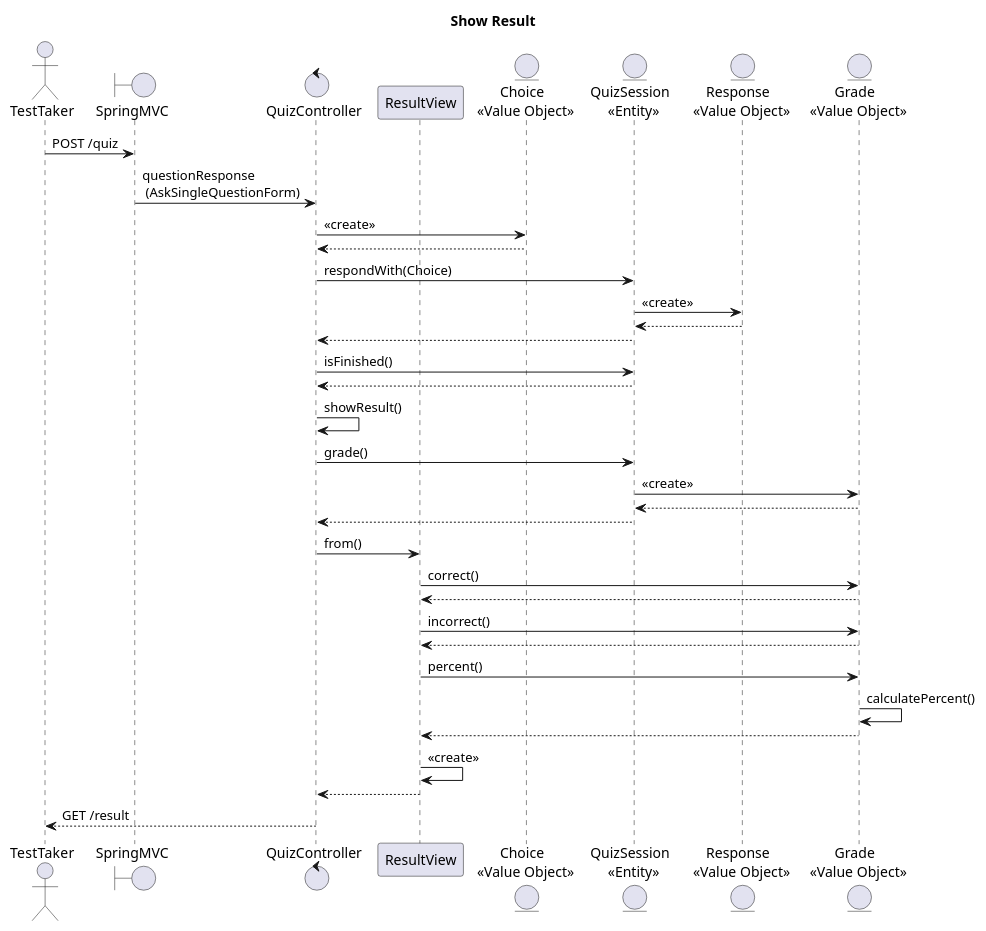
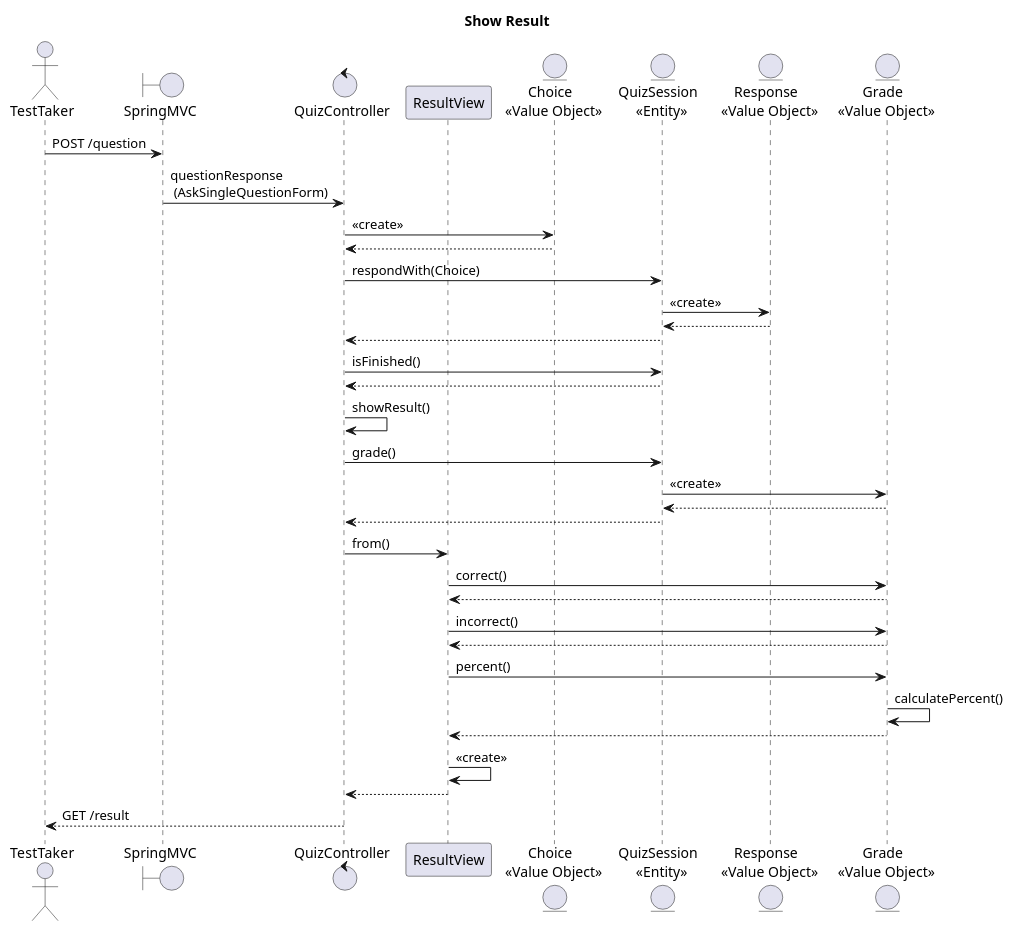
The diagram in src/main/resources/diagrams/showResult-sequenceDiagram.puml (TomSpencerLondon/Quiz), drawn with PlantUML before and after one commit. The commit also changed 19 other files, not shown here.

Commit message:
Rename /quiz to /question for submitting question

```diff
--- a/src/main/resources/diagrams/showResult-sequenceDiagram.puml
+++ b/src/main/resources/diagrams/showResult-sequenceDiagram.puml
@@ -1,39 +1,39 @@
 @startuml
 title Show Result
 
 actor       TestTaker as taker
 boundary    SpringMVC   as mvc
 control     QuizController  as ctrl
 participant ResultView as result
 entity "Choice \n <<Value Object>>" as choice
 entity "QuizSession \n <<Entity>>" as session
 entity "Response \n <<Value Object>>" as response
 entity "Grade \n <<Value Object>>" as grade
 
-taker -> mvc : POST /quiz
+taker -> mvc : POST /question
 mvc -> ctrl : questionResponse \n (AskSingleQuestionForm)
 ctrl -> choice : <<create>>
 ctrl <-- choice
 ctrl -> session : respondWith(Choice)
 session -> response : <<create>>
 session <-- response
 ctrl <-- session
 ctrl -> session : isFinished()
 ctrl <-- session
 ctrl -> ctrl : showResult()
 ctrl -> session : grade()
 session -> grade : <<create>>
 session <-- grade
 ctrl <-- session
 ctrl -> result : from()
 result -> grade : correct()
 result <-- grade
 result -> grade : incorrect()
 result <-- grade
 result -> grade : percent()
 grade -> grade : calculatePercent()
 result <-- grade
 result -> result : <<create>>
 ctrl <-- result
 taker <-- ctrl : GET /result
 @enduml
```
